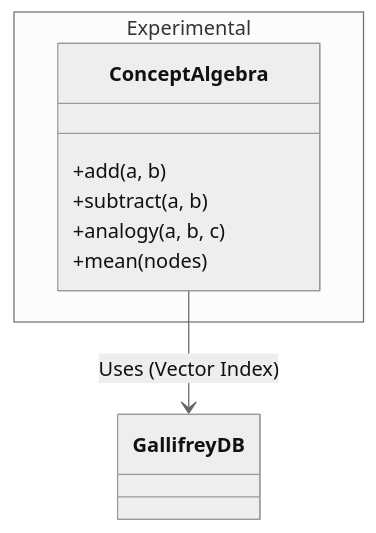
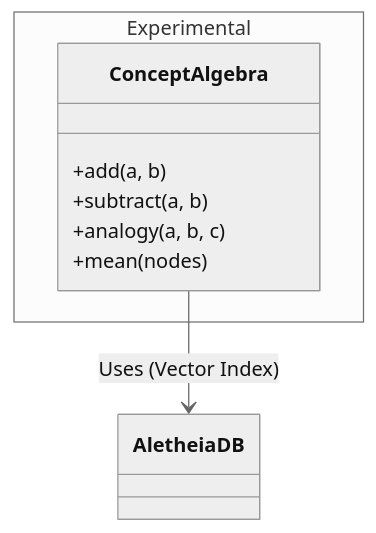
The fourth of 8 diagrams in docs/ARCHITECTURE.md (autumn-foundation/AletheiaDB), drawn with Mermaid (neutral theme) before and after one commit. The commit also changed other lines of this file and 316 other files, not shown here.

First line of the commit message:
refactor: Rename project from GallifreyDB to AletheiaDB

````diff
--- a/docs/ARCHITECTURE.md
+++ b/docs/ARCHITECTURE.md
@@ -142,13 +142,13 @@
 ```mermaid
 classDiagram
     namespace Experimental {
         class ConceptAlgebra {
             +add(a, b)
             +subtract(a, b)
             +analogy(a, b, c)
             +mean(nodes)
         }
     }
-    class GallifreyDB
-    ConceptAlgebra --> GallifreyDB : Uses (Vector Index)
+    class AletheiaDB
+    ConceptAlgebra --> AletheiaDB : Uses (Vector Index)
 ```
````
